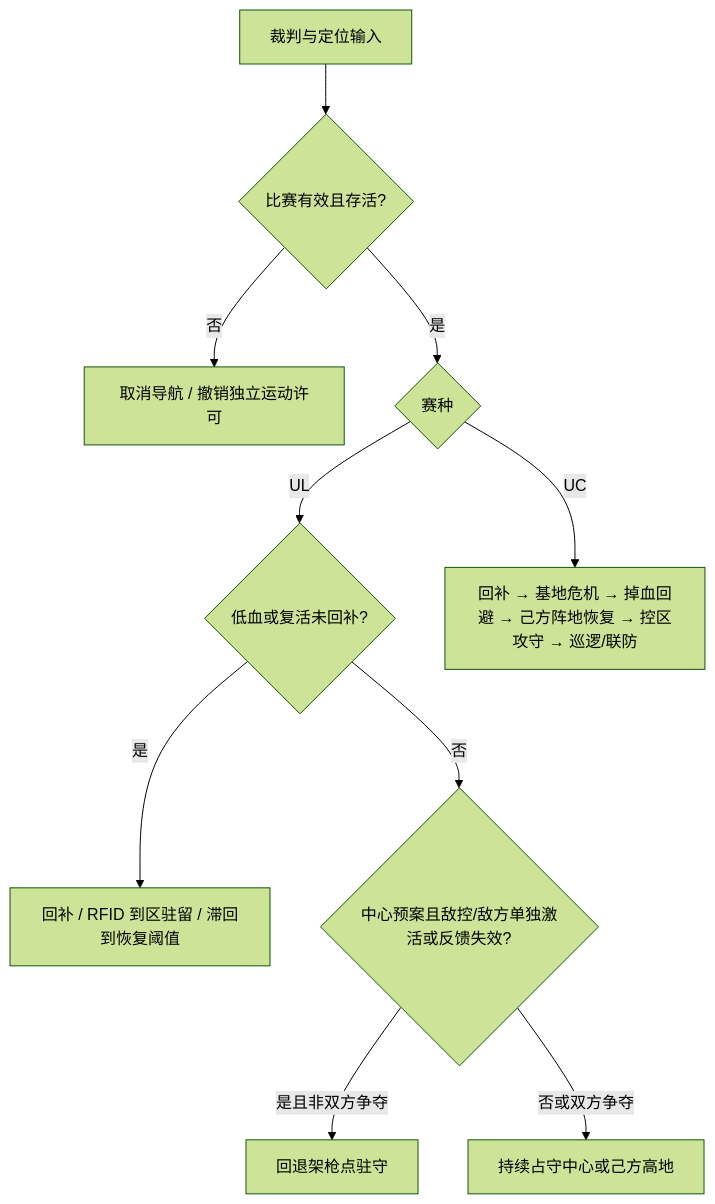
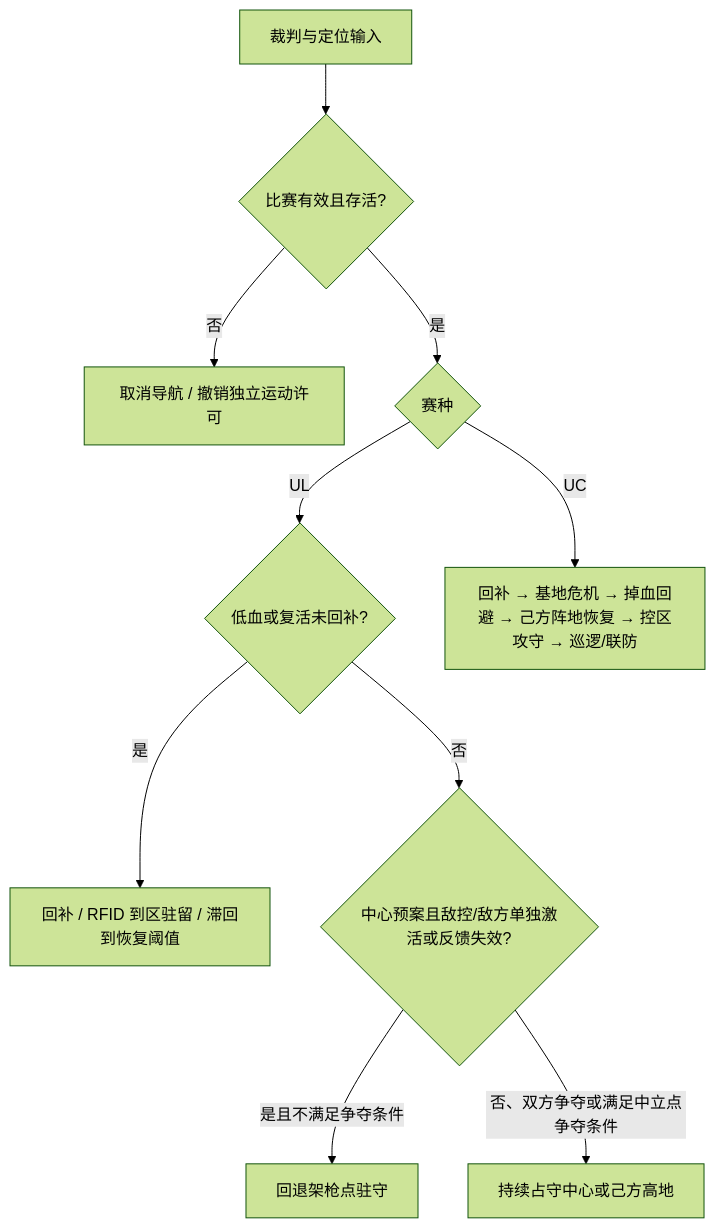
One commit to limaori/srm_nav_27 changed the diagram in src/srm27_behavior/README.md. Above: the diagram before and after it, drawn with Mermaid (forest theme). The commit also changed other lines of this file and 10 other files, not shown here.

````diff
--- a/src/srm27_behavior/README.md
+++ b/src/srm27_behavior/README.md
@@ -52,12 +52,12 @@
 ```mermaid
 flowchart TD
   A[裁判与定位输入] --> B{比赛有效且存活?}
   B -->|否| C[取消导航 / 撤销独立运动许可]
   B -->|是| D{赛种}
   D -->|UL| E{低血或复活未回补?}
   E -->|是| F[回补 / RFID 到区驻留 / 滞回到恢复阈值]
   E -->|否| U{中心预案且敌控/敌方单独激活或反馈失效?}
-  U -->|是且非双方争夺| V[回退架枪点驻守]
-  U -->|否或双方争夺| G[持续占守中心或己方高地]
+  U -->|是且不满足争夺条件| V[回退架枪点驻守]
+  U -->|否、双方争夺或满足中立点争夺条件| G[持续占守中心或己方高地]
   D -->|UC| H[回补 → 基地危机 → 掉血回避 → 己方阵地恢复 → 控区攻守 → 巡逻/联防]
 ```
````
